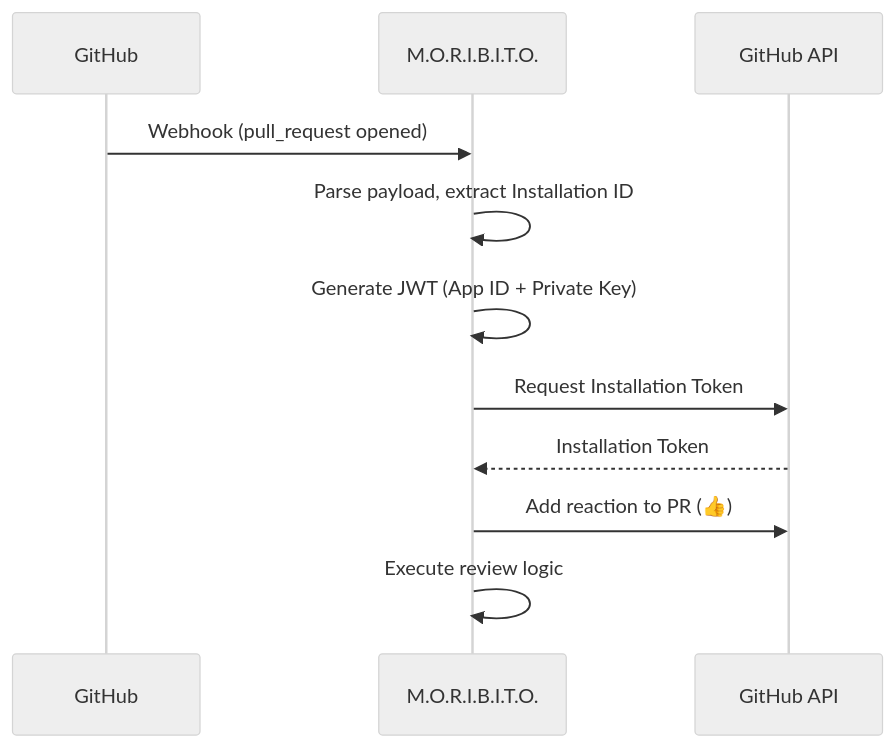
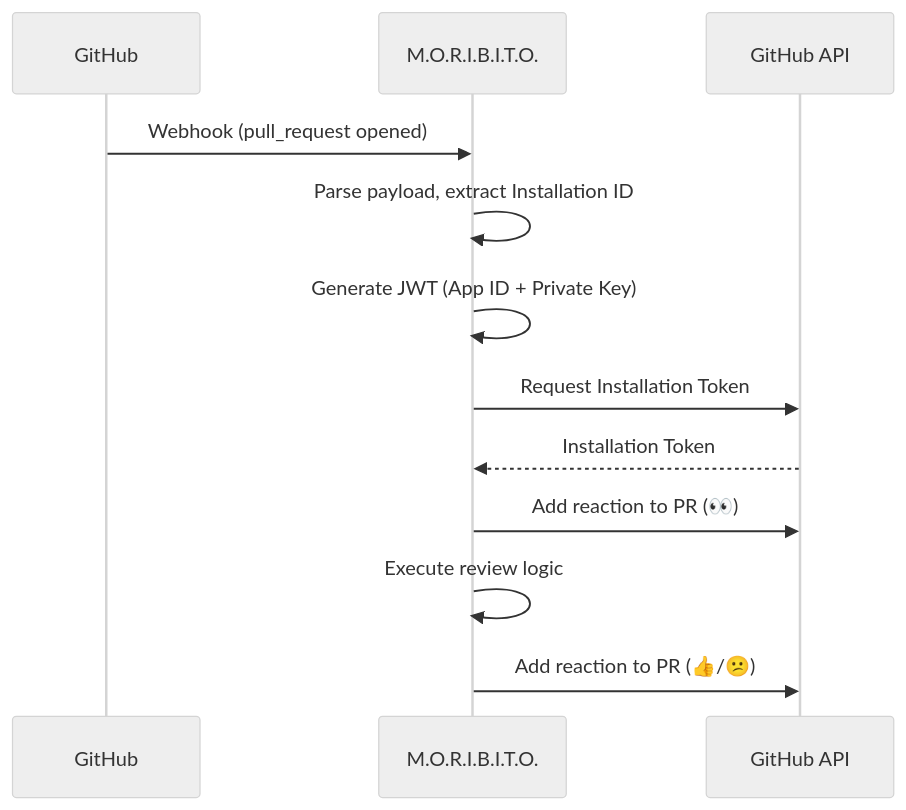
Before and after one commit to pirakansa/moribito: the diagram in README.md, drawn with Mermaid (neutral theme). The commit also changed other lines of this file and 8 other files, not shown here.

First line of the commit message:
feat: update PR and issue comment acknowledgment flow with completion reactions

````diff
--- a/README.md
+++ b/README.md
@@ -178,14 +180,15 @@
 ```mermaid
 sequenceDiagram
     participant GitHub
     participant App as M.O.R.I.B.I.T.O.
     participant API as GitHub API
 
     GitHub->>App: Webhook (pull_request opened)
     App->>App: Parse payload, extract Installation ID
     App->>App: Generate JWT (App ID + Private Key)
     App->>API: Request Installation Token
     API-->>App: Installation Token
-    App->>API: Add reaction to PR (👍)
+    App->>API: Add reaction to PR (👀)
     App->>App: Execute review logic
+    App->>API: Add reaction to PR (👍/😕)
 ```
````
